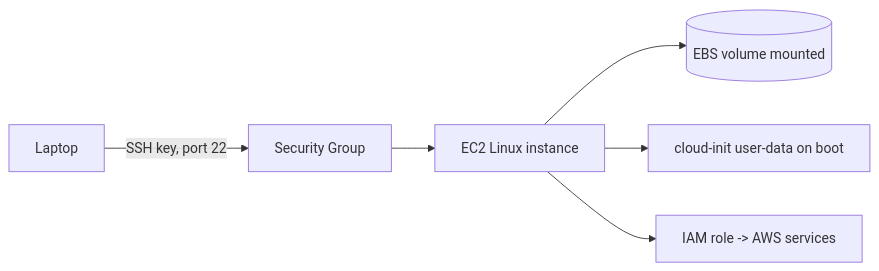
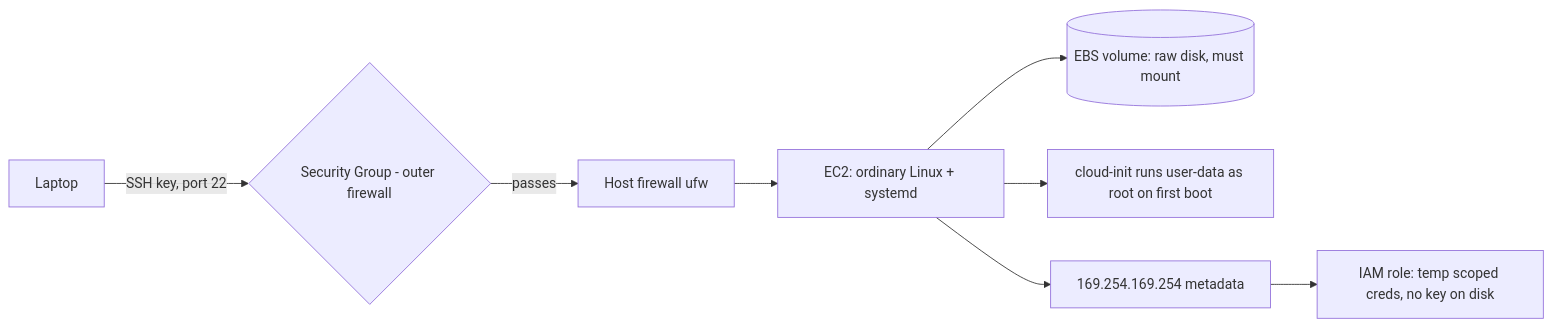
One commit to cloud-prakhar/learning-linux changed the diagram in 13-real-world-linux-for-devops/linux-for-aws.md. Above: the diagram before and after it, drawn with Mermaid. The commit also changed other lines of this file and 69 other files, not shown here.

````diff
--- a/13-real-world-linux-for-devops/linux-for-aws.md
+++ b/13-real-world-linux-for-devops/linux-for-aws.md
@@ -31,8 +39,8 @@
 ```mermaid
 flowchart LR
-    You[Laptop] -->|SSH key, port 22| SG[Security Group]
-    SG --> EC2[EC2 Linux instance]
-    EC2 --> EBS[(EBS volume mounted)]
-    EC2 --> Init[cloud-init user-data on boot]
-    EC2 --> IAM[IAM role -> AWS services]
+    You[Laptop] -->|SSH key, port 22| SG{Security Group - outer firewall}
+    SG -->|passes| Host[Host firewall ufw] --> EC2[EC2: ordinary Linux + systemd]
+    EC2 --> EBS[(EBS volume: raw disk, must mount)]
+    EC2 --> Init[cloud-init runs user-data as root on first boot]
+    EC2 --> Meta[169.254.169.254 metadata] --> IAM[IAM role: temp scoped creds, no key on disk]
 ```
````
